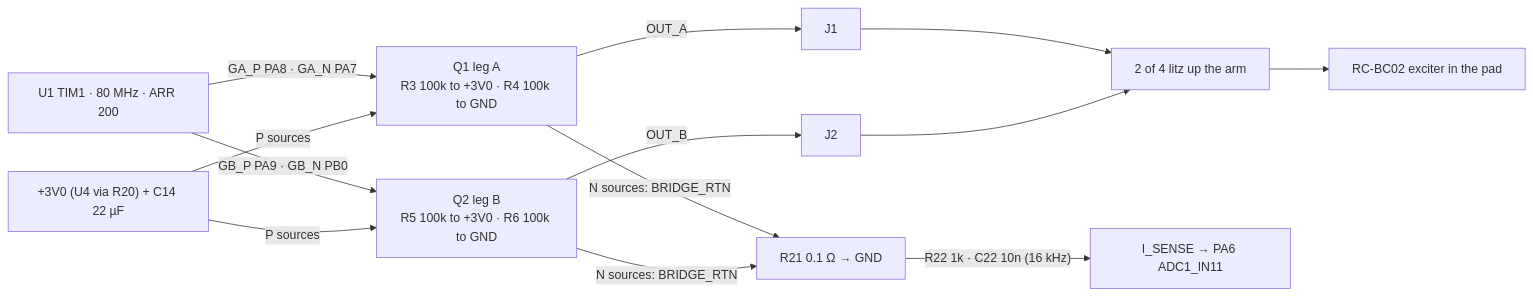
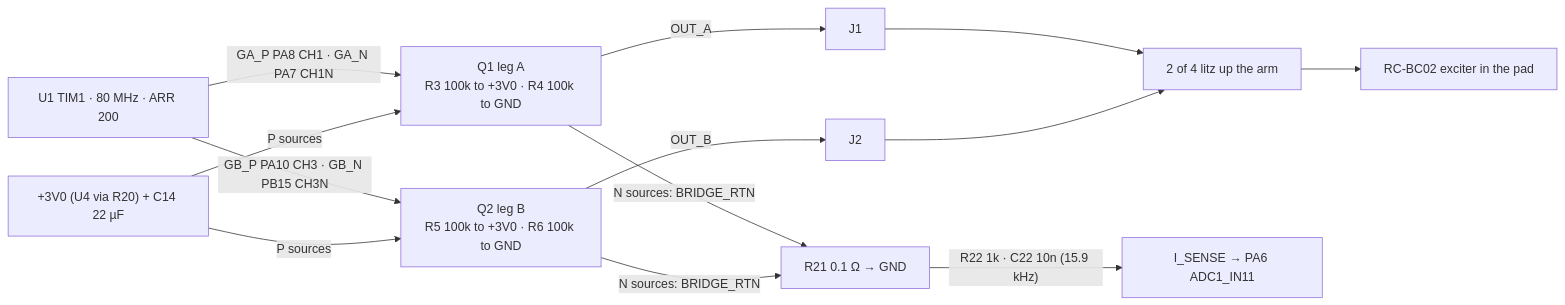
The diagram in docs/system/sub-output.md (HrafnaValkyrja/ultrasonic), drawn with Mermaid before and after one commit. The commit also changed other lines of this file and 8 other files, not shown here.

````diff
--- a/docs/system/sub-output.md
+++ b/docs/system/sub-output.md
@@ -14,10 +28,10 @@
 ```mermaid
 flowchart LR
-  MCU["U1 TIM1 · 80 MHz · ARR 200"] -->|"GA_P PA8 · GA_N PA7"| Q1["Q1 leg A<br/>R3 100k to +3V0 · R4 100k to GND"]
-  MCU -->|"GB_P PA9 · GB_N PB0"| Q2["Q2 leg B<br/>R5 100k to +3V0 · R6 100k to GND"]
+  MCU["U1 TIM1 · 80 MHz · ARR 200"] -->|"GA_P PA8 CH1 · GA_N PA7 CH1N"| Q1["Q1 leg A<br/>R3 100k to +3V0 · R4 100k to GND"]
+  MCU -->|"GB_P PA10 CH3 · GB_N PB15 CH3N"| Q2["Q2 leg B<br/>R5 100k to +3V0 · R6 100k to GND"]
   V3["+3V0 (U4 via R20) + C14 22 µF"] -->|"P sources"| Q1 & Q2
   Q1 -->|OUT_A| J1["J1"] --> ARM["2 of 4 litz up the arm"] --> X["RC-BC02 exciter in the pad"]
   Q2 -->|OUT_B| J2["J2"] --> ARM
   Q1 & Q2 -->|"N sources: BRIDGE_RTN"| R21["R21 0.1 Ω → GND"]
-  R21 -->|"R22 1k · C22 10n (16 kHz)"| PA6["I_SENSE → PA6 ADC1_IN11"]
+  R21 -->|"R22 1k · C22 10n (15.9 kHz)"| PA6["I_SENSE → PA6 ADC1_IN11"]
 ```
````
